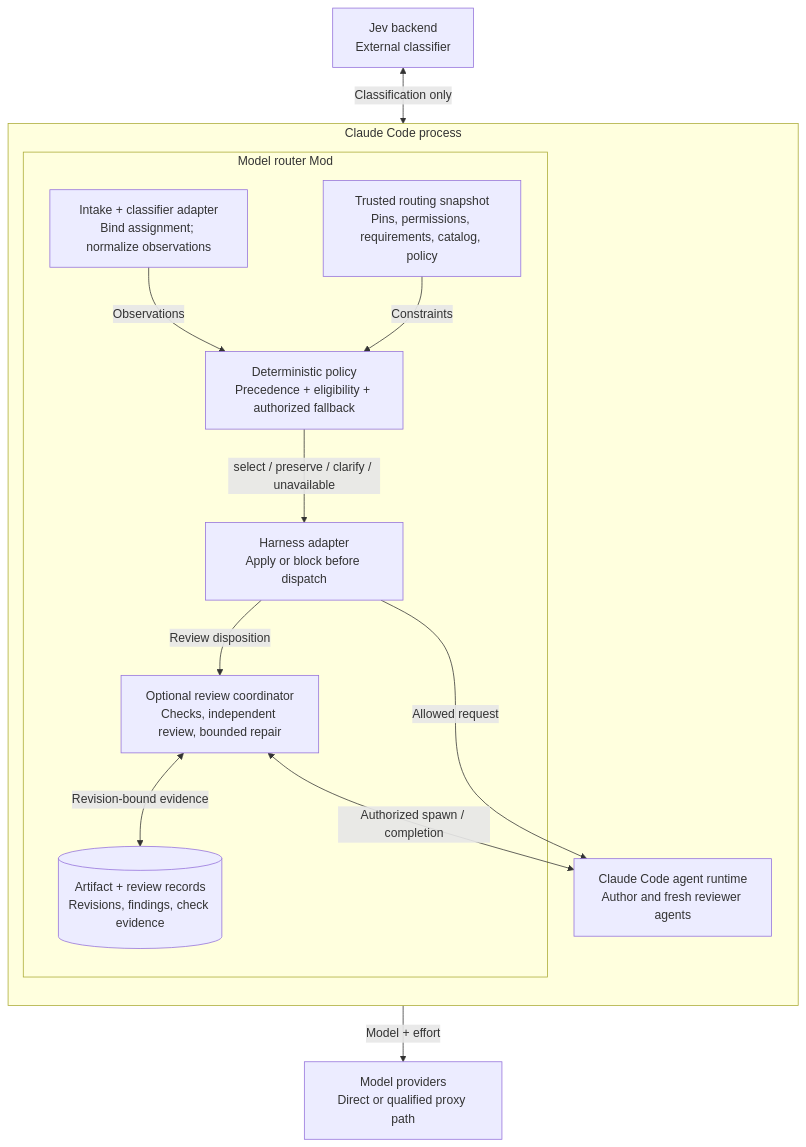
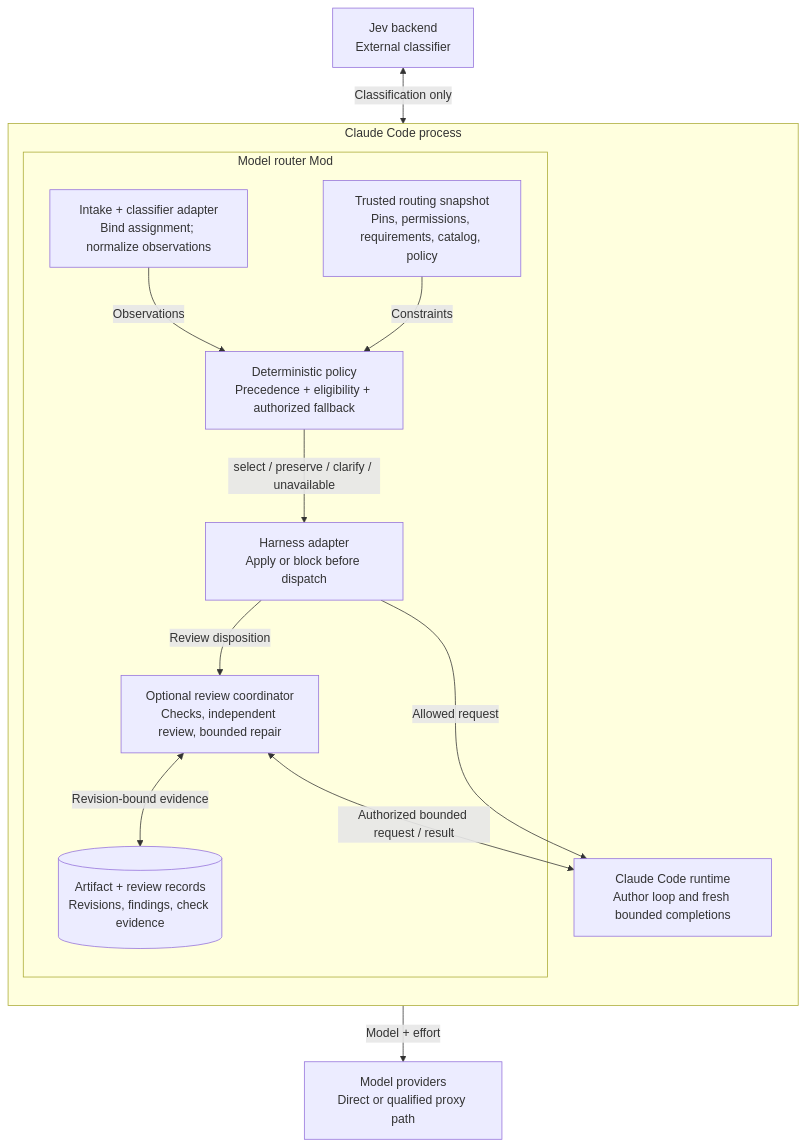
Before and after one commit to radiator-engineering/model-router: the second of 3 diagrams in docs/v2/c4-overview.md, drawn with Mermaid. The commit also changed other lines of this file and 36 other files, not shown here.

First line of the commit message:
Enable native v2 routing and bounded artifact review

````diff
--- a/docs/v2/c4-overview.md
+++ b/docs/v2/c4-overview.md
@@ -26,26 +26,26 @@
 ```mermaid
 flowchart TB
     jev["Jev backend<br/>External classifier"]
     subgraph claude["Claude Code process"]
         direction TB
         subgraph mod["Model router Mod"]
             intake["Intake + classifier adapter<br/>Bind assignment; normalize observations"]
             trusted["Trusted routing snapshot<br/>Pins, permissions, requirements, catalog, policy"]
             policy["Deterministic policy<br/>Precedence + eligibility + authorized fallback"]
             gate["Harness adapter<br/>Apply or block before dispatch"]
             review["Optional review coordinator<br/>Checks, independent review, bounded repair"]
             records[("Artifact + review records<br/>Revisions, findings, check evidence")]
             intake -->|Observations| policy
             trusted -->|Constraints| policy
             policy -->|select / preserve / clarify / unavailable| gate
             gate -->|Review disposition| review
             review <-->|Revision-bound evidence| records
         end
-        runtime["Claude Code agent runtime<br/>Author and fresh reviewer agents"]
+        runtime["Claude Code runtime<br/>Author loop and fresh bounded completions"]
         gate -->|Allowed request| runtime
-        review <-->|Authorized spawn / completion| runtime
+        review <-->|Authorized bounded request / result| runtime
     end
     jev <-->|Classification only| intake
     providers["Model providers<br/>Direct or qualified proxy path"]
     runtime -->|Model + effort| providers
 ```
````
